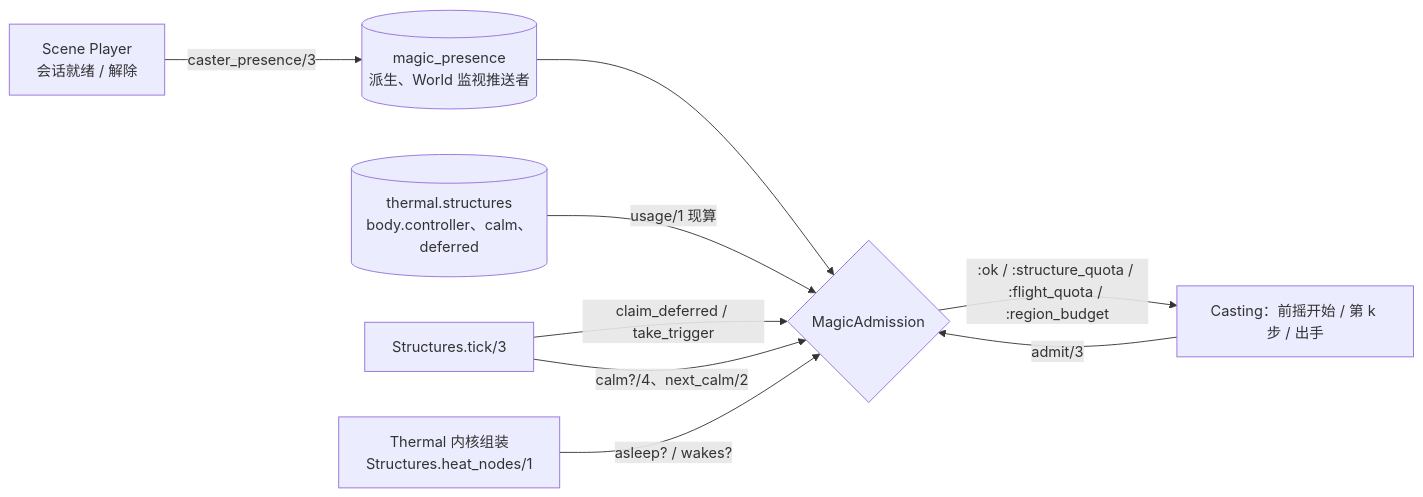
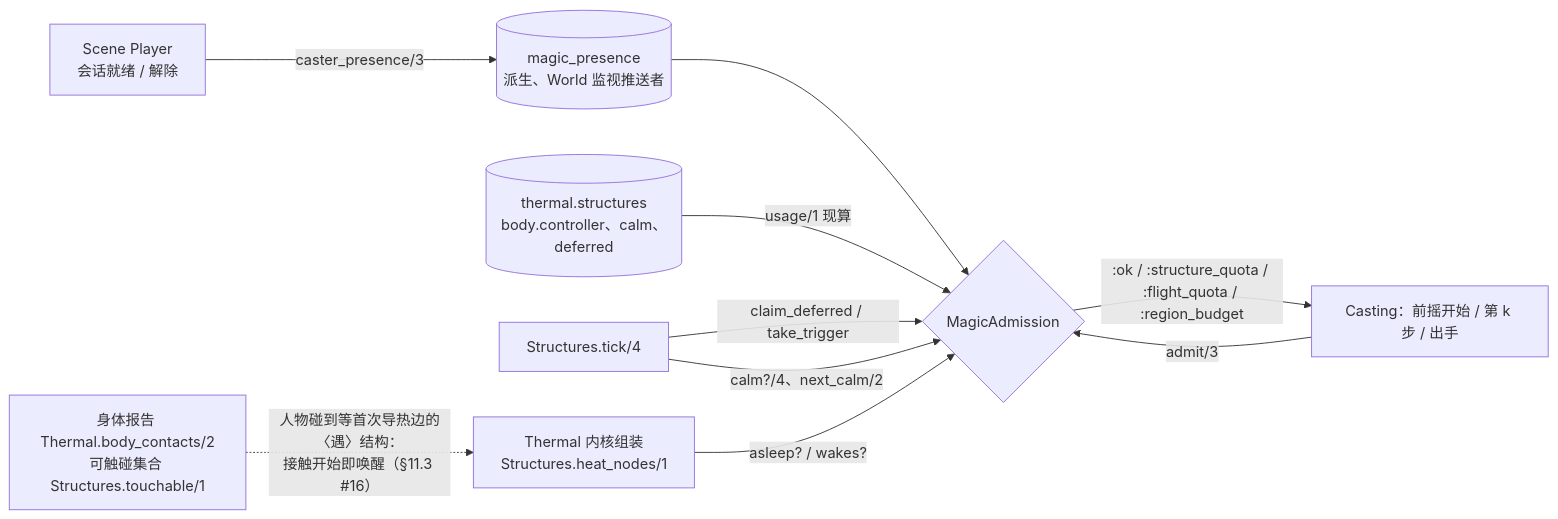
The fourth of 6 diagrams in apps/voxel_region/lib/voxel_region/world/README.md (dyzdyz010/ex_mmo_cluster), drawn with Mermaid before and after one commit. The commit also changed other lines of this file and 5 other files, not shown here.

````diff
--- a/apps/voxel_region/lib/voxel_region/world/README.md
+++ b/apps/voxel_region/lib/voxel_region/world/README.md
@@ -128,11 +128,12 @@
 ```mermaid
 flowchart LR
   P[Scene Player<br/>会话就绪 / 解除] -->|caster_presence/3| PR[(magic_presence<br/>派生、World 监视推送者)]
   C[Casting：前摇开始 / 第 k 步 / 出手] -->|admit/3| A{MagicAdmission}
   PR --> A
   S[(thermal.structures<br/>body.controller、calm、deferred)] -->|usage/1 现算| A
   A -->|:ok / :structure_quota / :flight_quota / :region_budget| C
-  ST[Structures.tick/3] -->|claim_deferred / take_trigger| A
+  ST[Structures.tick/4] -->|claim_deferred / take_trigger| A
   ST -->|calm?/4、next_calm/2| A
   TH[Thermal 内核组装<br/>Structures.heat_nodes/1] -->|asleep? / wakes?| A
+  BC[身体报告 Thermal.body_contacts/2<br/>可触碰集合 Structures.touchable/1] -.->|人物碰到等首次导热边的〈遇〉结构：<br/>接触开始即唤醒（§11.3 #16）| TH
 ```
````
